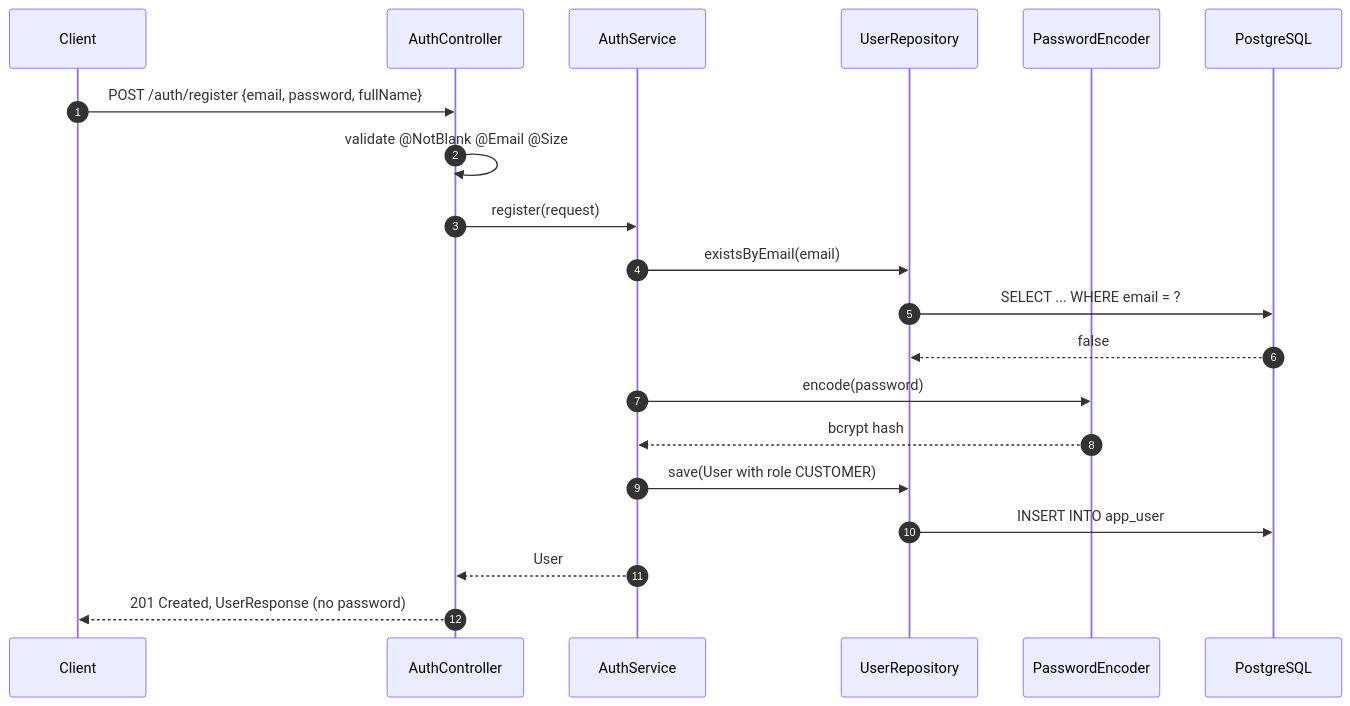
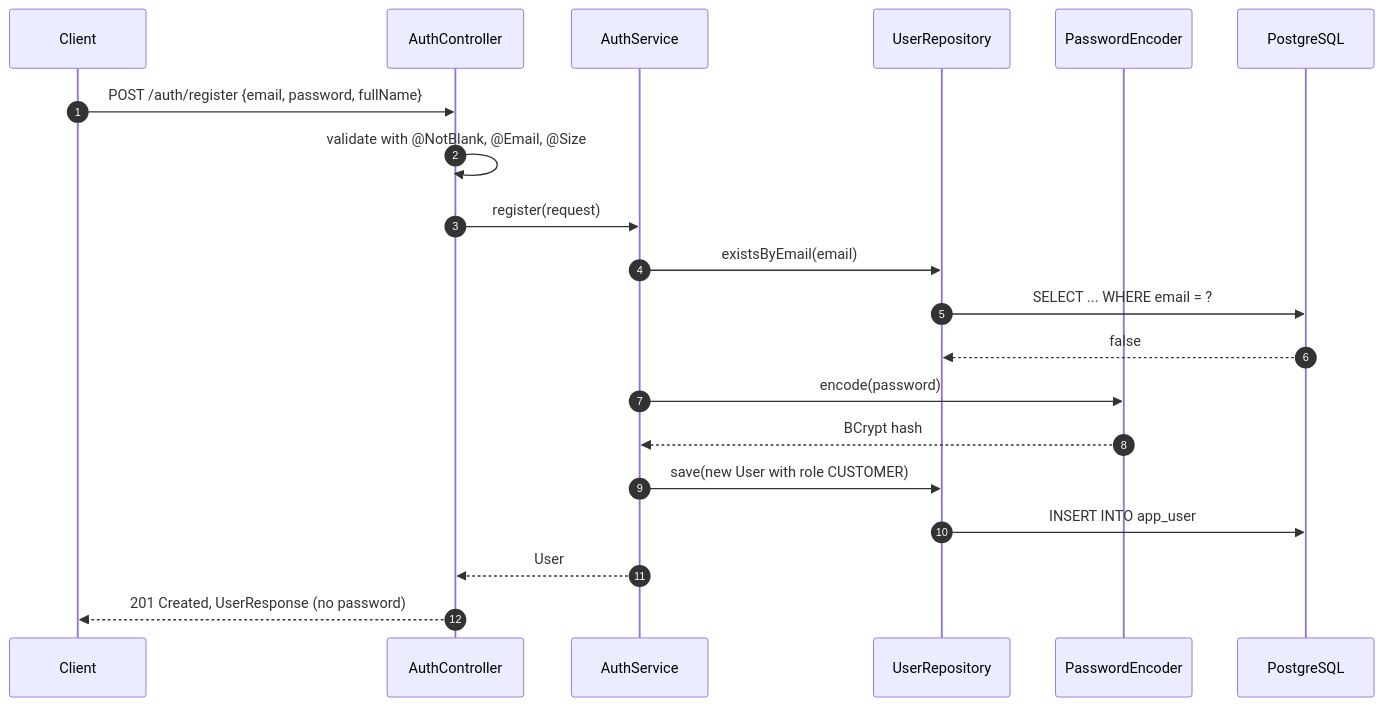
Before and after one commit to NikanEidi/ledgerlite: the third of 5 diagrams in docs/01-auth.md, drawn with Mermaid. The commit also changed other lines of this file and 15 other files, not shown here.

````diff
--- a/docs/01-auth.md
+++ b/docs/01-auth.md
@@ -80,23 +80,23 @@
 ```mermaid
 sequenceDiagram
     autonumber
     participant C as Client
     participant AC as AuthController
     participant AS as AuthService
     participant UR as UserRepository
     participant PE as PasswordEncoder
     participant DB as PostgreSQL
 
     C->>AC: POST /auth/register {email, password, fullName}
-    AC->>AC: validate @NotBlank @Email @Size
+    AC->>AC: validate with @NotBlank, @Email, @Size
     AC->>AS: register(request)
     AS->>UR: existsByEmail(email)
     UR->>DB: SELECT ... WHERE email = ?
     DB-->>UR: false
     AS->>PE: encode(password)
-    PE-->>AS: bcrypt hash
-    AS->>UR: save(User with role CUSTOMER)
+    PE-->>AS: BCrypt hash
+    AS->>UR: save(new User with role CUSTOMER)
     UR->>DB: INSERT INTO app_user
     AS-->>AC: User
     AC-->>C: 201 Created, UserResponse (no password)
 ```
````
